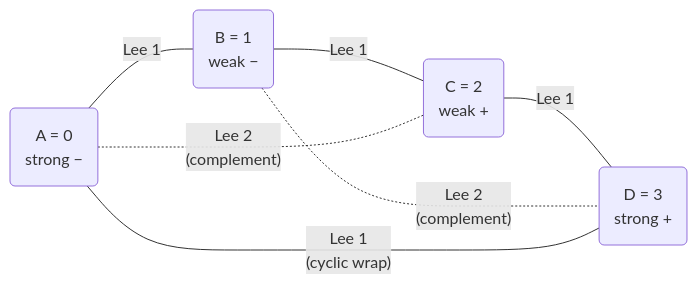
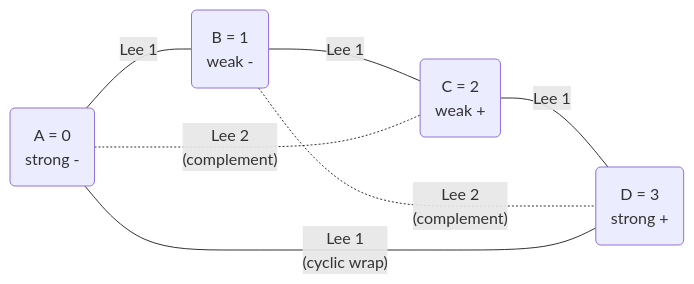
The second of 4 diagrams in DESIGN.md (devlux76/q2), drawn with Mermaid before and after one commit. The commit also changed other lines of this file and 3 other files, not shown here.

````diff
--- a/DESIGN.md
+++ b/DESIGN.md
@@ -480,9 +480,9 @@
 ```mermaid
 graph LR
-    A("A = 0\nstrong −") -- "Lee 1" --- B("B = 1\nweak −")
+    A("A = 0\nstrong -") -- "Lee 1" --- B("B = 1\nweak -")
     B -- "Lee 1" --- C("C = 2\nweak +")
     C -- "Lee 1" --- D("D = 3\nstrong +")
     D -- "Lee 1\n(cyclic wrap)" --- A
     A -. "Lee 2\n(complement)" .- C
     B -. "Lee 2\n(complement)" .- D
 ```
````
